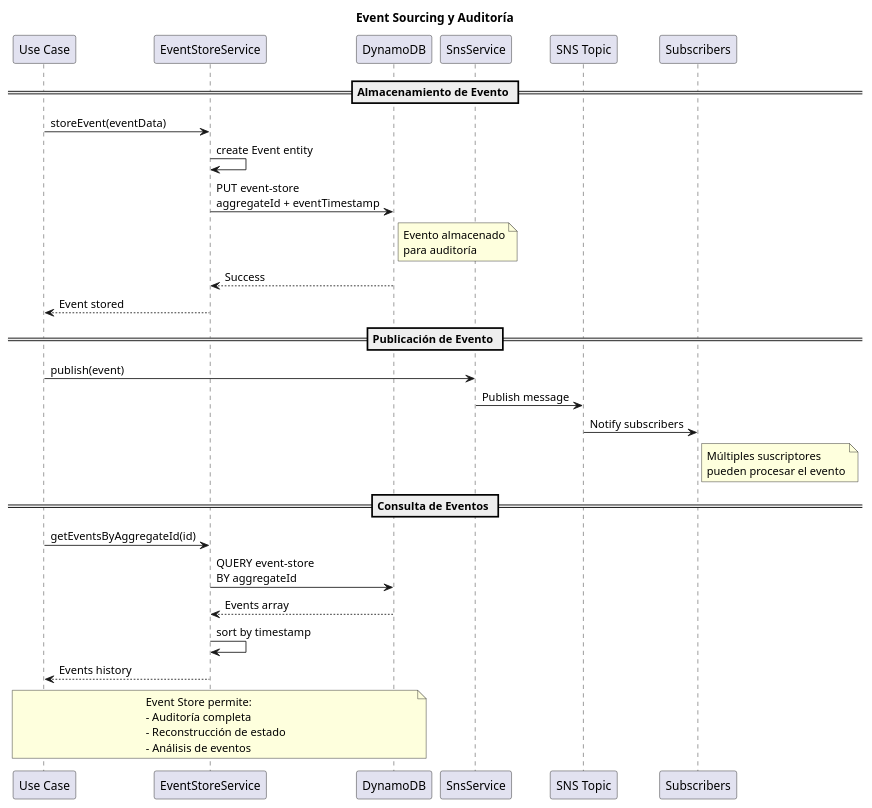
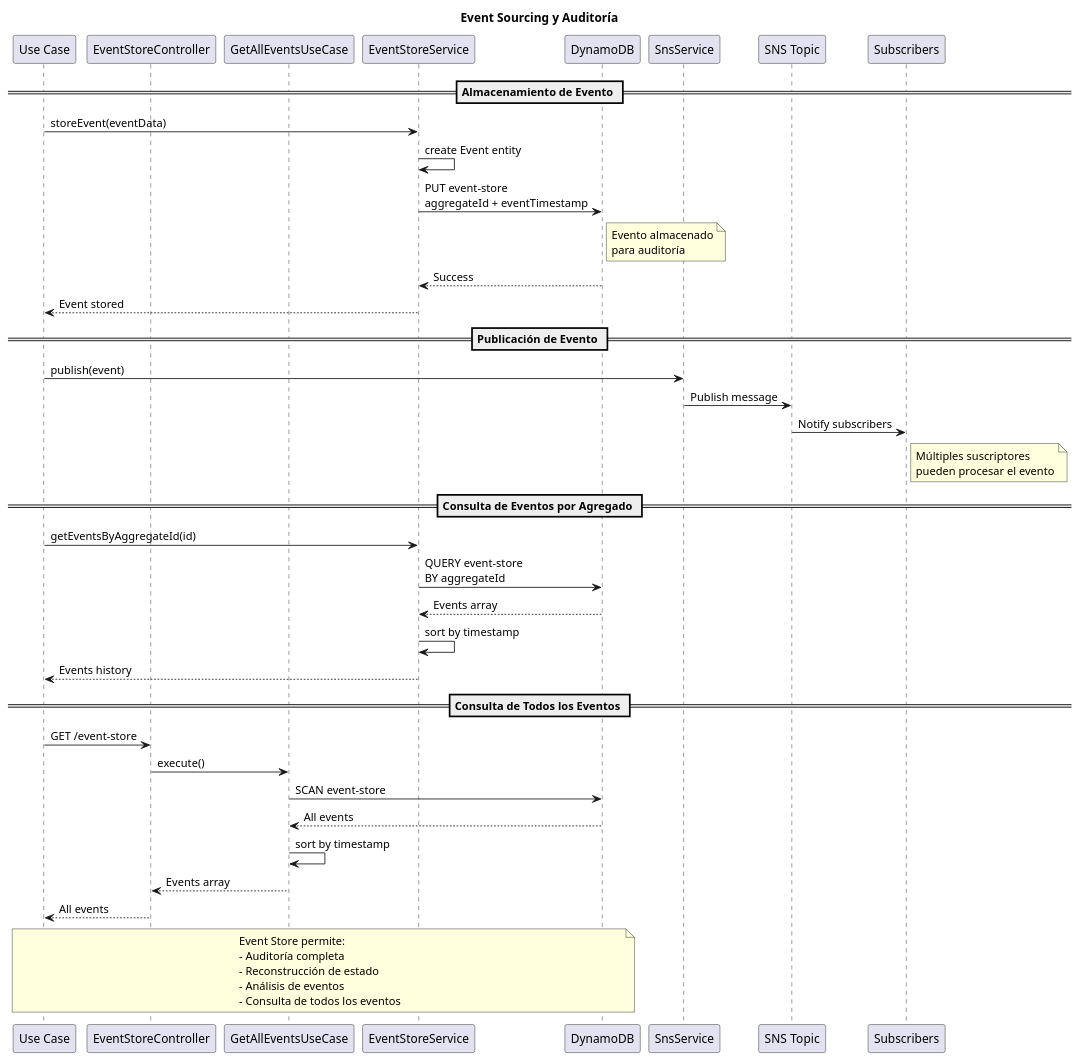
The sixth of 8 diagrams in docs/diagrams/sequence-diagrams.puml (sergio-murillo/payment-test), drawn with PlantUML before and after one commit. The commit also changed other lines of this file and 38 other files, not shown here.

```diff
--- a/docs/diagrams/sequence-diagrams.puml
+++ b/docs/diagrams/sequence-diagrams.puml
@@ -277,37 +392,49 @@
 @startuml Flujo de Event Store y Auditoría
 title Event Sourcing y Auditoría
 
 participant "Use Case" as UC
+participant "EventStoreController" as ESC
+participant "GetAllEventsUseCase" as GAEU
 participant "EventStoreService" as ES
 participant "DynamoDB" as DB
 participant "SnsService" as SNS
 participant "SNS Topic" as Topic
 participant "Subscribers" as Subs
 
 == Almacenamiento de Evento ==
 
 UC -> ES: storeEvent(eventData)
 ES -> ES: create Event entity
 ES -> DB: PUT event-store\naggregateId + eventTimestamp
 note right of DB: Evento almacenado\npara auditoría
 DB --> ES: Success
 ES --> UC: Event stored
 
 == Publicación de Evento ==
 
 UC -> SNS: publish(event)
 SNS -> Topic: Publish message
 Topic -> Subs: Notify subscribers
 note right of Subs: Múltiples suscriptores\npueden procesar el evento
 
-== Consulta de Eventos ==
+== Consulta de Eventos por Agregado ==
 
 UC -> ES: getEventsByAggregateId(id)
 ES -> DB: QUERY event-store\nBY aggregateId
 DB --> ES: Events array
 ES -> ES: sort by timestamp
 ES --> UC: Events history
 
-note over UC, DB: Event Store permite:\n- Auditoría completa\n- Reconstrucción de estado\n- Análisis de eventos
+== Consulta de Todos los Eventos ==
+
+UC -> ESC: GET /event-store
+ESC -> GAEU: execute()
+GAEU -> DB: SCAN event-store
+DB --> GAEU: All events
+GAEU -> GAEU: sort by timestamp
+GAEU --> ESC: Events array
+ESC --> UC: All events
+
+note over UC, DB: Event Store permite:\n- Auditoría completa\n- Reconstrucción de estado\n- Análisis de eventos\n- Consulta de todos los eventos
 
 @enduml
```
